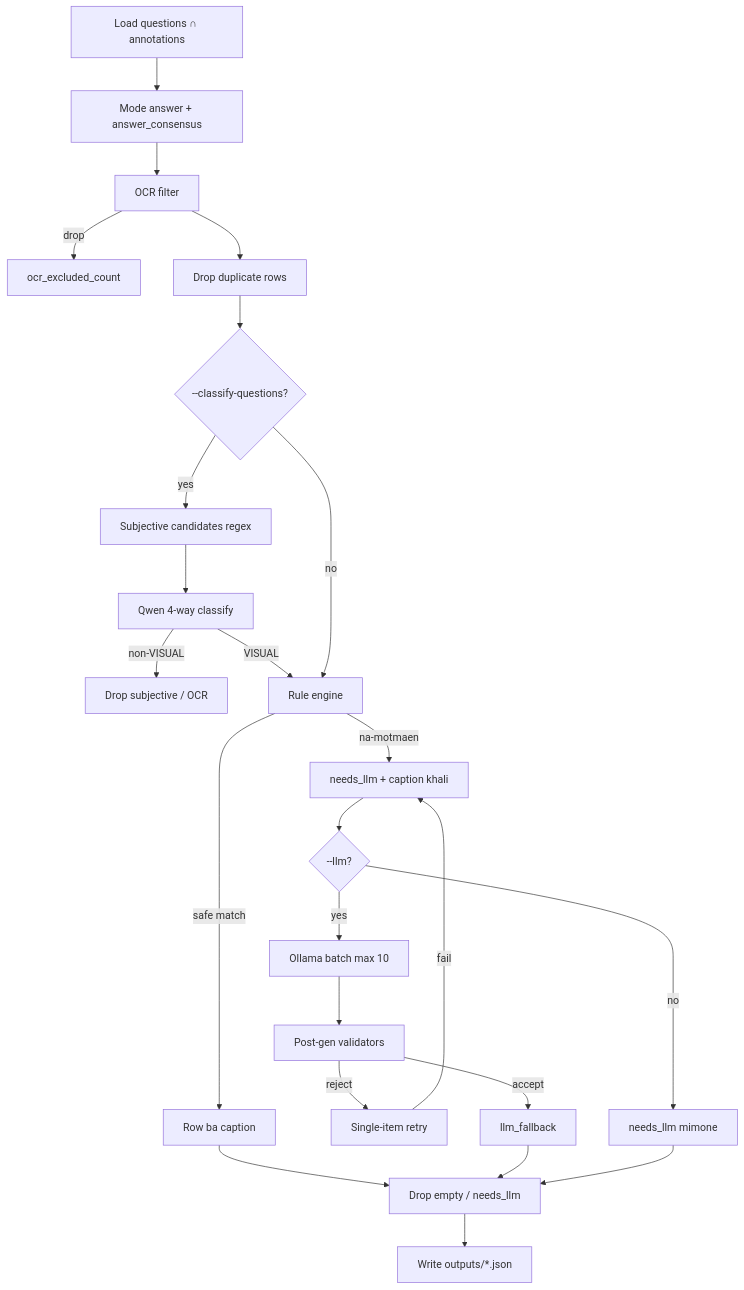
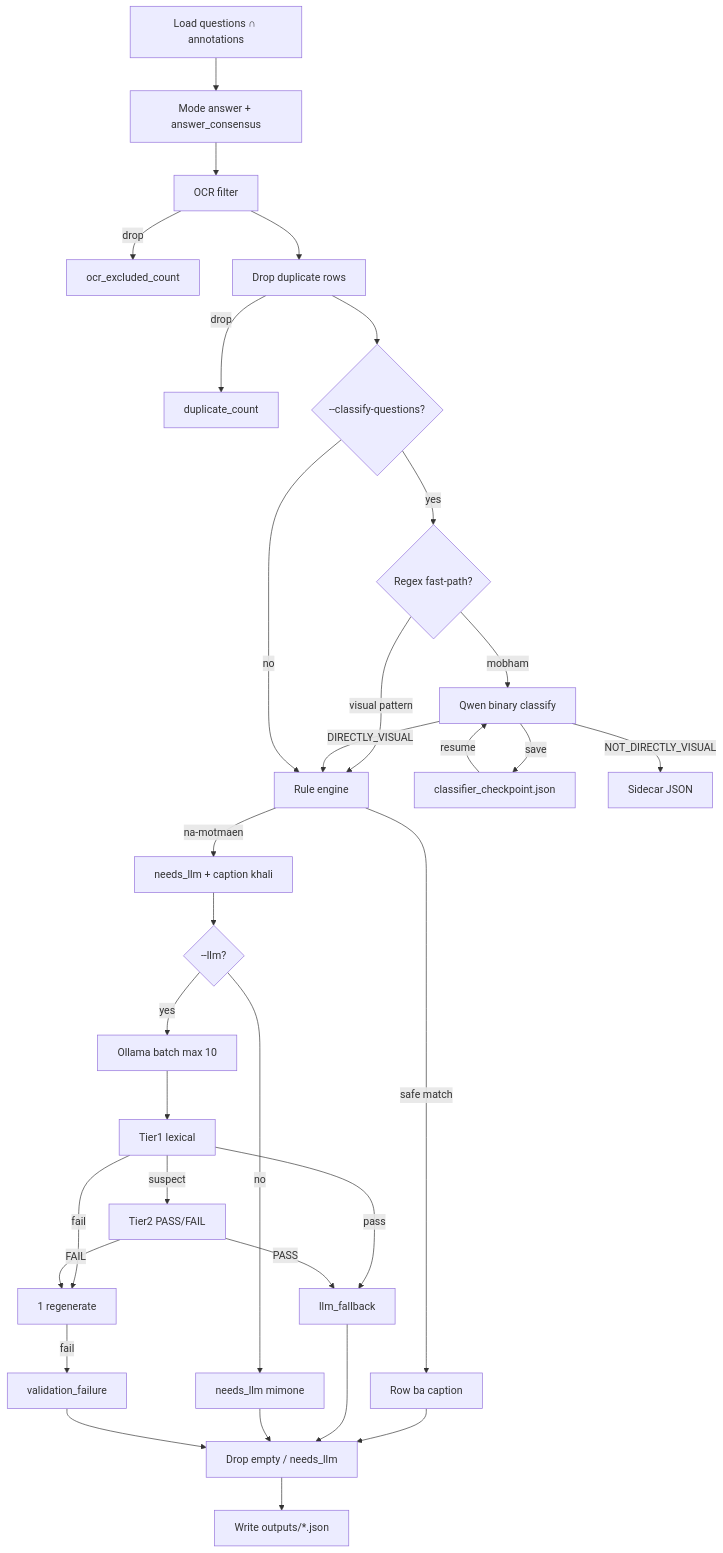
One commit to MahdiRuzmeh/ImageCaptioningImprovedVisualQuestionAnswering changed the third of 6 diagrams in QuestionDependentCaptionGenerator/architecture/architecture.fa-en.md. Above: the diagram before and after it, drawn with Mermaid. The commit also changed other lines of this file and 8 other files, not shown here.

Commit message:
feat: Implement question dependent caption generator as two class classification problem. every question should be cllasify to DIRECTLY_VISUAL or NOT_DIRECTLY_VISUAL classes.

````diff
--- a/QuestionDependentCaptionGenerator/architecture/architecture.fa-en.md
+++ b/QuestionDependentCaptionGenerator/architecture/architecture.fa-en.md
@@ -94,26 +94,34 @@
 ```mermaid
 flowchart TD
   load[Load questions ∩ annotations] --> mode[Mode answer + answer_consensus]
   mode --> ocr[OCR filter]
   ocr -->|drop| ocrDrop[ocr_excluded_count]
   ocr --> dedup[Drop duplicate rows]
+  dedup -->|drop| dupDrop[duplicate_count]
   dedup --> subjOpt{--classify-questions?}
-  subjOpt -->|yes| cand[Subjective candidates regex]
-  cand --> clf[Qwen 4-way classify]
-  clf -->|non-VISUAL| subjDrop[Drop subjective / OCR]
-  clf -->|VISUAL| rules
+  subjOpt -->|yes| fastPath{Regex fast-path?}
+  fastPath -->|visual pattern| rules
+  fastPath -->|mobham| clf[Qwen binary classify]
+  clf -->|save| clfCkpt[classifier_checkpoint.json]
+  clfCkpt -->|resume| clf
+  clf -->|NOT_DIRECTLY_VISUAL| side[Sidecar JSON]
+  clf -->|DIRECTLY_VISUAL| rules
   subjOpt -->|no| rules[Rule engine]
   rules -->|safe match| row[Row ba caption]
   rules -->|na-motmaen| needs[needs_llm + caption khali]
   needs --> llmOpt{--llm?}
   llmOpt -->|yes| batch[Ollama batch max 10]
-  batch --> val[Post-gen validators]
-  val -->|reject| retry[Single-item retry]
-  val -->|accept| llmRow[llm_fallback]
-  retry -->|fail| needs
+  batch --> tier1[Tier1 lexical]
+  tier1 -->|suspect| tier2[Tier2 PASS/FAIL]
+  tier1 -->|fail| retry[1 regenerate]
+  tier2 -->|FAIL| retry
+  tier1 -->|pass| llmRow[llm_fallback]
+  tier2 -->|PASS| llmRow
+  retry -->|fail| dropVal[validation_failure]
   llmOpt -->|no| keepEmpty[needs_llm mimone]
   row --> drop
   llmRow --> drop
   keepEmpty --> drop[Drop empty / needs_llm]
+  dropVal --> drop
   drop --> out[Write outputs/*.json]
 ```
````
